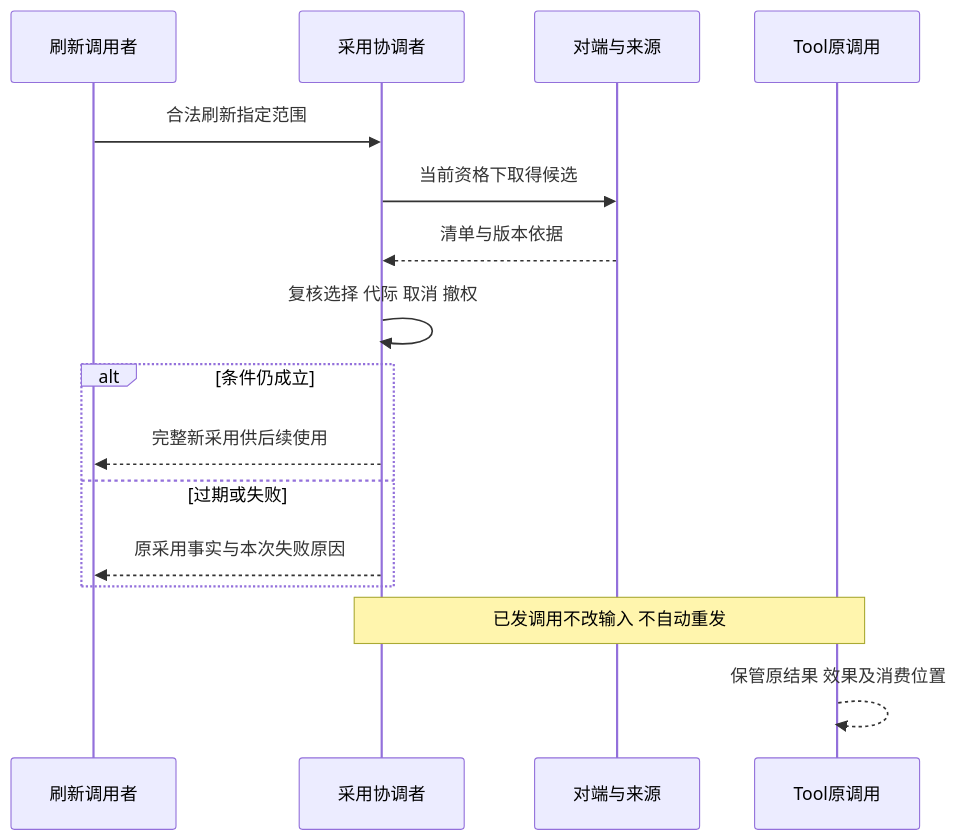
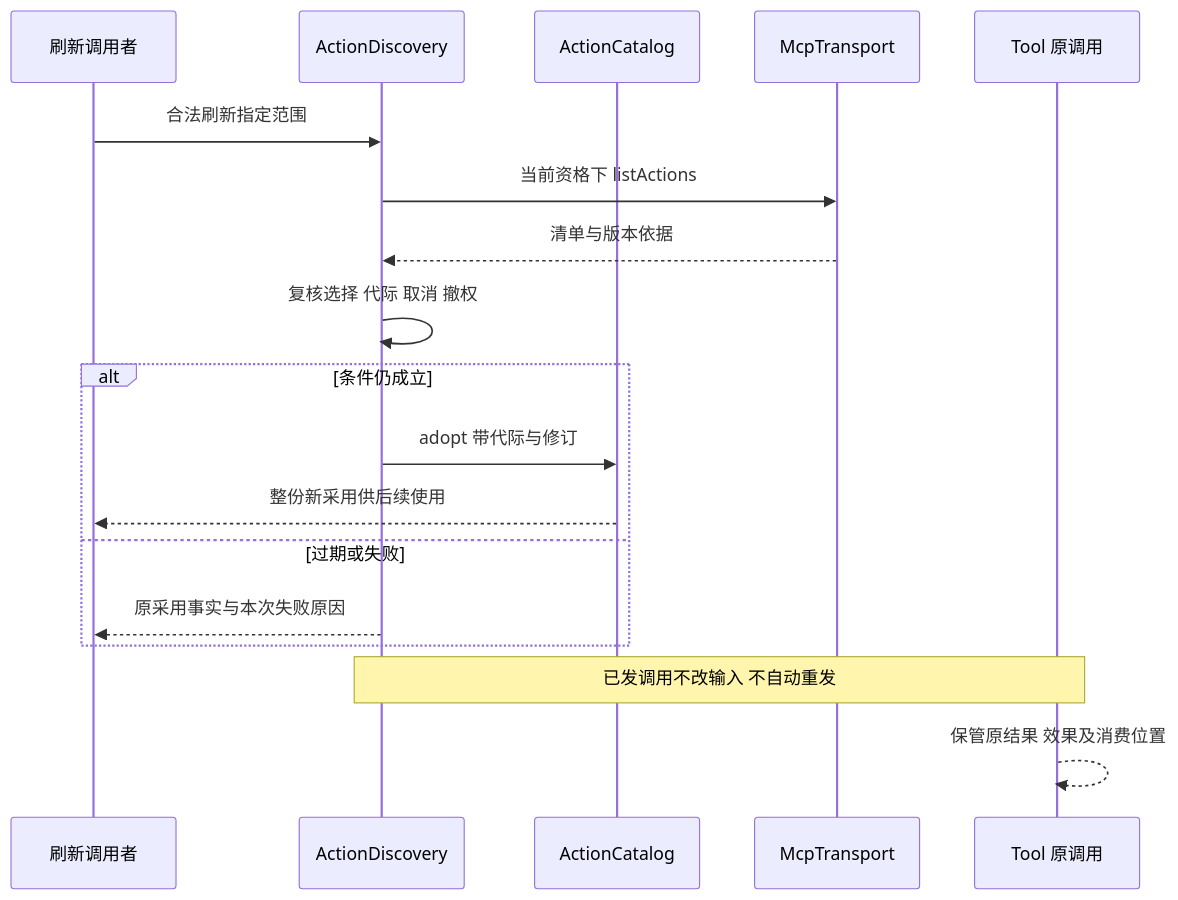
One commit to nemori-ai/omne-harness-lite changed the second of 3 diagrams in packages/mcp/docs/key-flows.md. Above: the diagram before and after it, drawn with Mermaid. The commit also changed other lines of this file and 5 other files, not shown here.

````diff
--- a/packages/mcp/docs/key-flows.md
+++ b/packages/mcp/docs/key-flows.md
@@ -30,18 +44,20 @@
 ```mermaid
 sequenceDiagram
     participant C as 刷新调用者
-    participant A as 采用协调者
-    participant P as 对端与来源
-    participant T as Tool原调用
+    participant A as ActionDiscovery
+    participant K as ActionCatalog
+    participant P as McpTransport
+    participant T as Tool 原调用
     C->>A: 合法刷新指定范围
-    A->>P: 当前资格下取得候选
+    A->>P: 当前资格下 listActions
     P-->>A: 清单与版本依据
     A->>A: 复核选择 代际 取消 撤权
     alt 条件仍成立
-        A-->>C: 完整新采用供后续使用
+        A->>K: adopt 带代际与修订
+        K-->>C: 整份新采用供后续使用
     else 过期或失败
         A-->>C: 原采用事实与本次失败原因
     end
     Note over A,T: 已发调用不改输入 不自动重发
     T-->>T: 保管原结果 效果及消费位置
 ```
````
